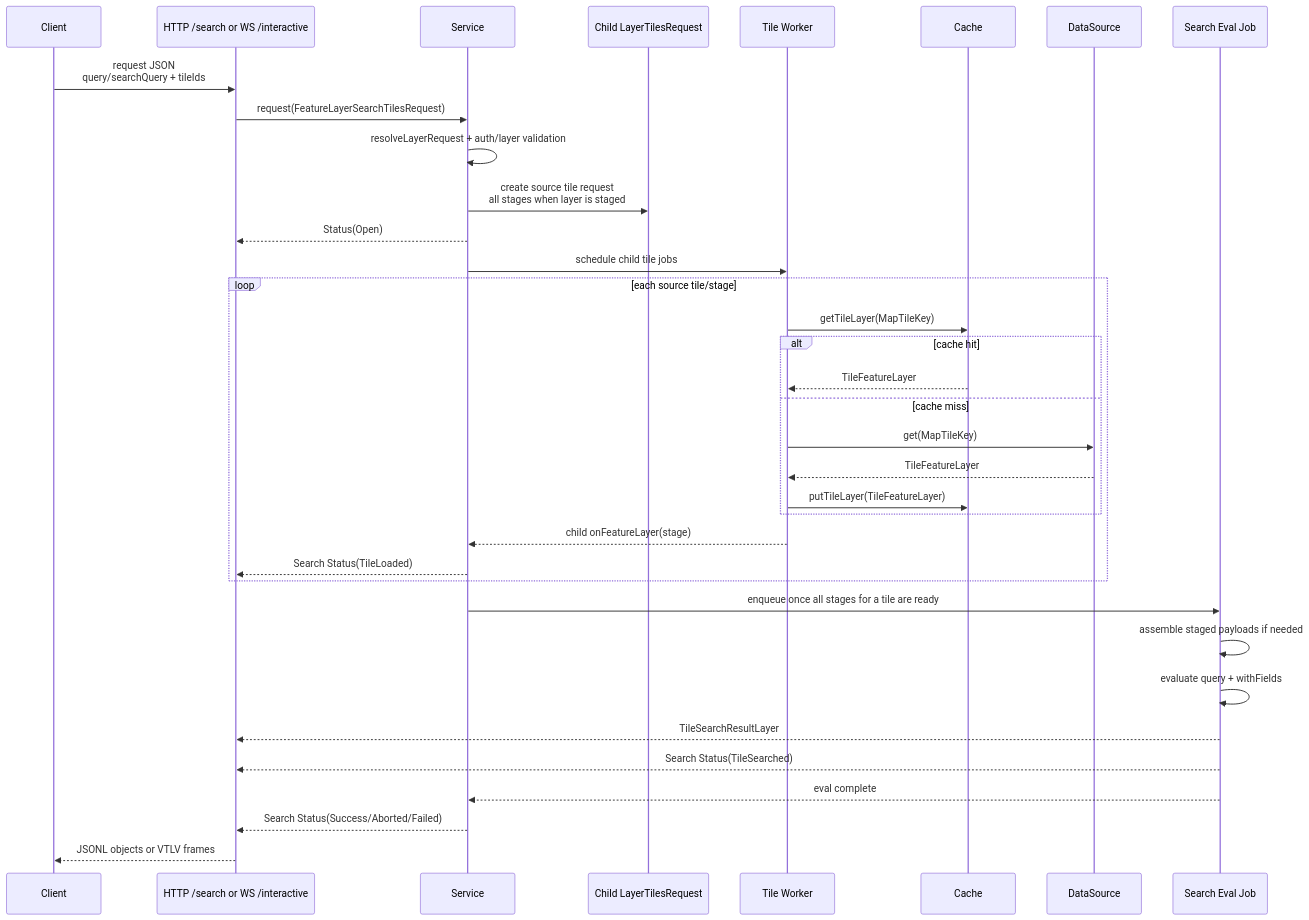
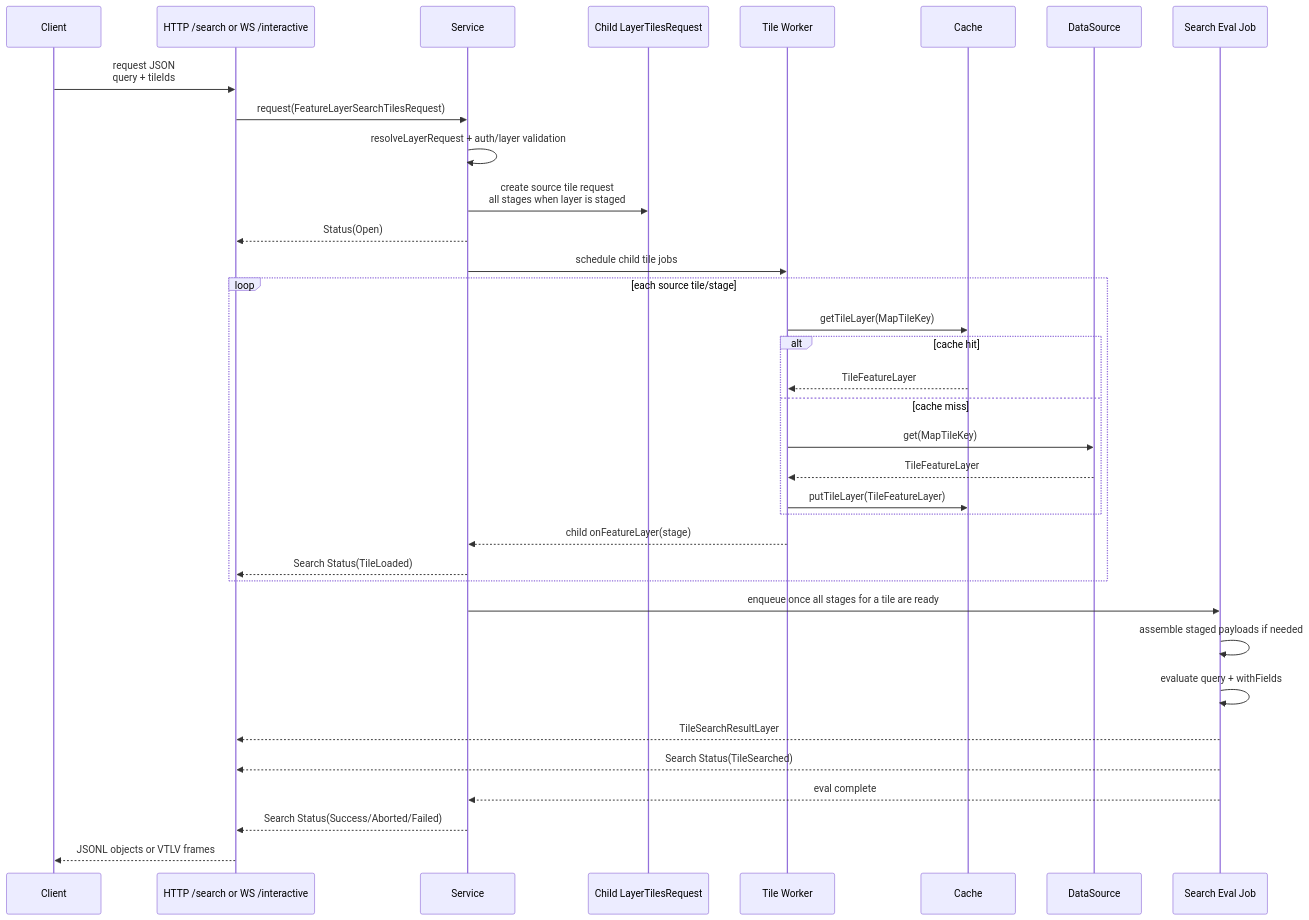
Before and after one commit to ndsev/mapget: the fifth of 5 diagrams in docs/mapget-dev-guide.md, drawn with Mermaid. The commit also changed other lines of this file and 18 other files, not shown here.

First line of the commit message:
Unify search request spec and JSON aliases

````diff
--- a/docs/mapget-dev-guide.md
+++ b/docs/mapget-dev-guide.md
@@ -288,38 +288,38 @@
 ```mermaid
 sequenceDiagram
   participant Client
   participant Transport as HTTP /search or WS /interactive
   participant Service
   participant Child as Child LayerTilesRequest
   participant Worker as Tile Worker
   participant Cache
   participant Ds as DataSource
   participant Search as Search Eval Job
 
-  Client->>Transport: request JSON<br/>query/searchQuery + tileIds
+  Client->>Transport: request JSON<br/>query + tileIds
   Transport->>Service: request(FeatureLayerSearchTilesRequest)
   Service->>Service: resolveLayerRequest + auth/layer validation
   Service->>Child: create source tile request<br/>all stages when layer is staged
   Service-->>Transport: Status(Open)
   Service->>Worker: schedule child tile jobs
   loop each source tile/stage
     Worker->>Cache: getTileLayer(MapTileKey)
     alt cache hit
       Cache-->>Worker: TileFeatureLayer
     else cache miss
       Worker->>Ds: get(MapTileKey)
       Ds-->>Worker: TileFeatureLayer
       Worker->>Cache: putTileLayer(TileFeatureLayer)
     end
     Worker-->>Service: child onFeatureLayer(stage)
     Service-->>Transport: Search Status(TileLoaded)
   end
   Service->>Search: enqueue once all stages for a tile are ready
   Search->>Search: assemble staged payloads if needed
   Search->>Search: evaluate query + withFields
   Search-->>Transport: TileSearchResultLayer
   Search-->>Transport: Search Status(TileSearched)
   Search-->>Service: eval complete
   Service-->>Transport: Search Status(Success/Aborted/Failed)
   Transport-->>Client: JSONL objects or VTLV frames
 ```
````
